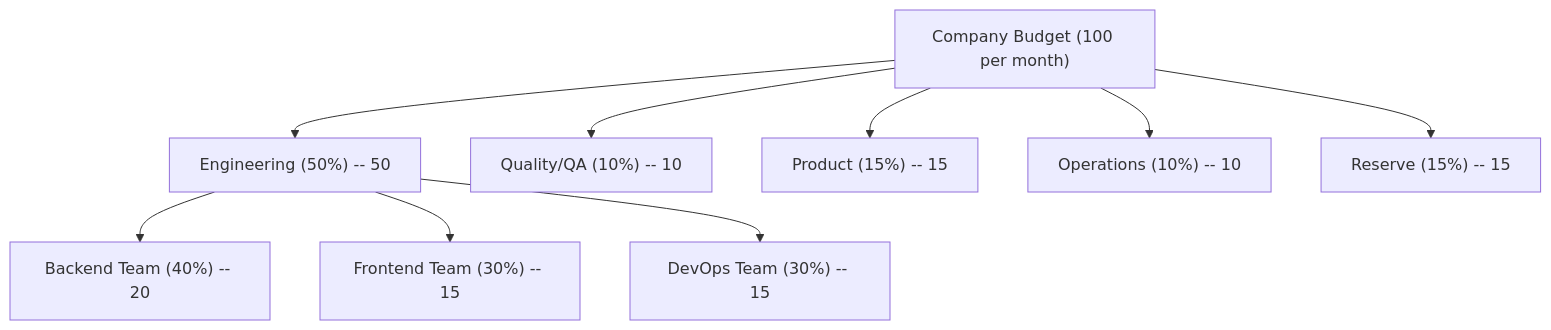
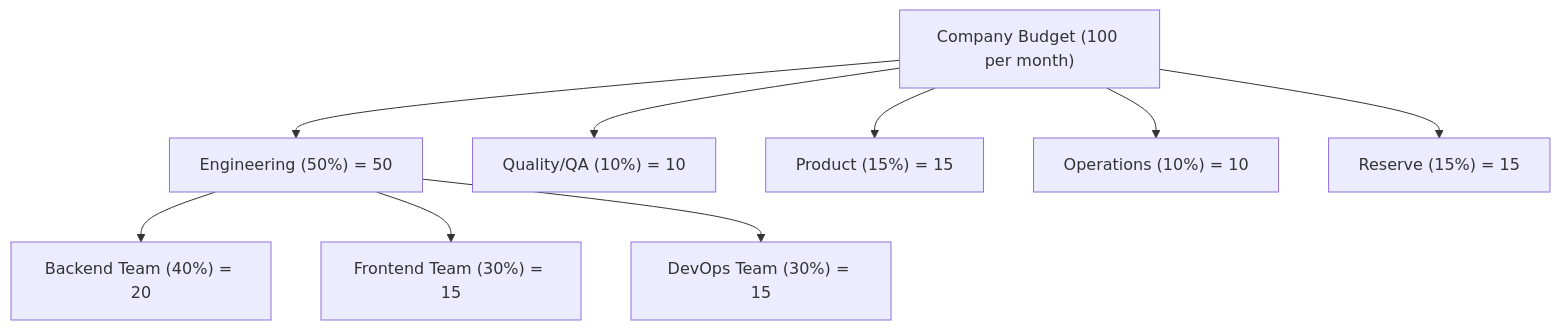
One commit to Aureliolo/synthorg changed the diagram in docs/design/budget.md. Above: the diagram before and after it, drawn with Mermaid. The commit also changed 43 other files, not shown here.

````diff
--- a/docs/design/budget.md
+++ b/docs/design/budget.md
@@ -17,13 +17,13 @@
 ```mermaid
 graph TD
     Company["Company Budget (100 per month)"]
-    Company --> Eng["Engineering (50%) -- 50"]
-    Company --> QA["Quality/QA (10%) -- 10"]
-    Company --> Product["Product (15%) -- 15"]
-    Company --> Ops["Operations (10%) -- 10"]
-    Company --> Reserve["Reserve (15%) -- 15"]
+    Company --> Eng["Engineering (50%) = 50"]
+    Company --> QA["Quality/QA (10%) = 10"]
+    Company --> Product["Product (15%) = 15"]
+    Company --> Ops["Operations (10%) = 10"]
+    Company --> Reserve["Reserve (15%) = 15"]
 
-    Eng --> Backend["Backend Team (40%) -- 20"]
-    Eng --> Frontend["Frontend Team (30%) -- 15"]
-    Eng --> DevOps["DevOps Team (30%) -- 15"]
+    Eng --> Backend["Backend Team (40%) = 20"]
+    Eng --> Frontend["Frontend Team (30%) = 15"]
+    Eng --> DevOps["DevOps Team (30%) = 15"]
 ```
````
